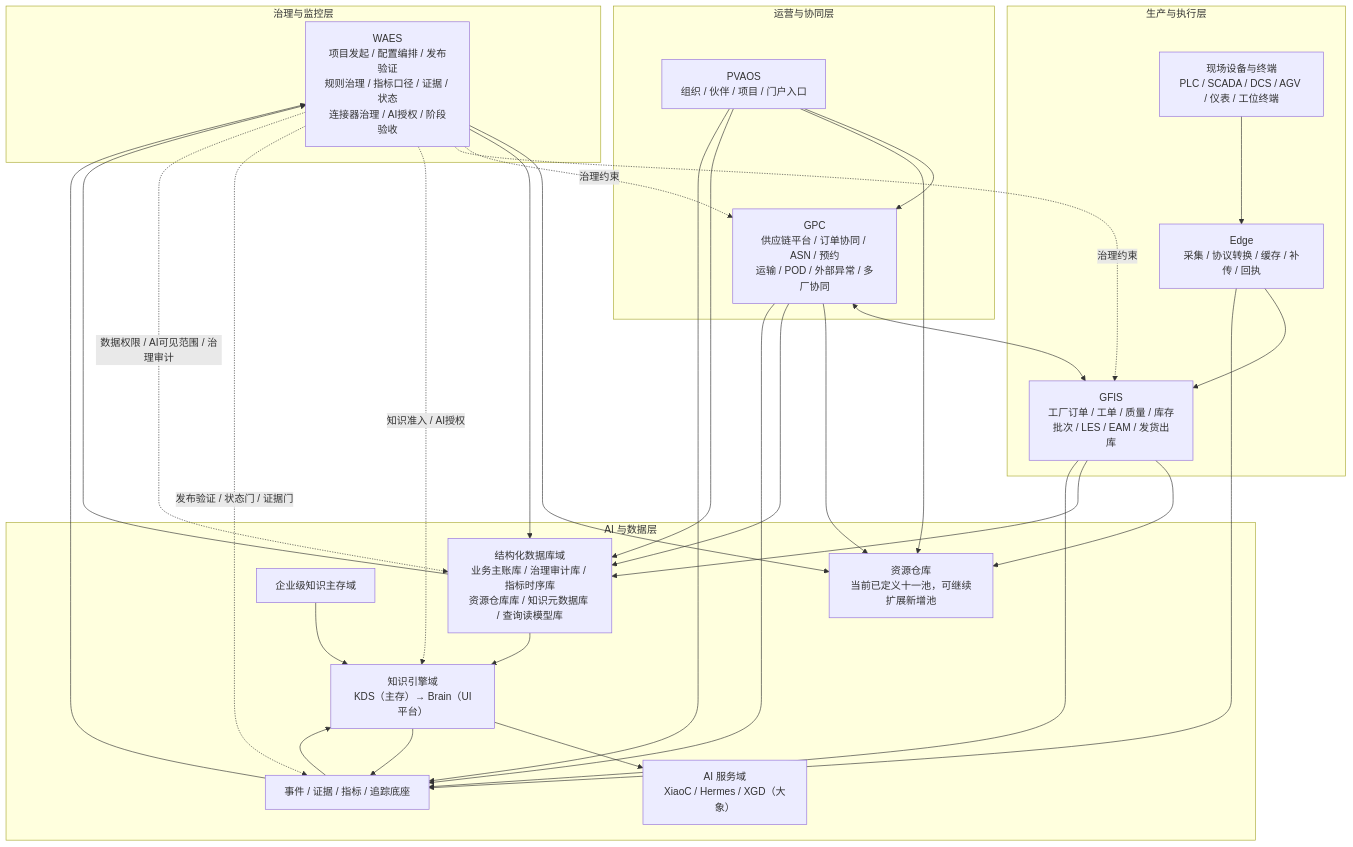
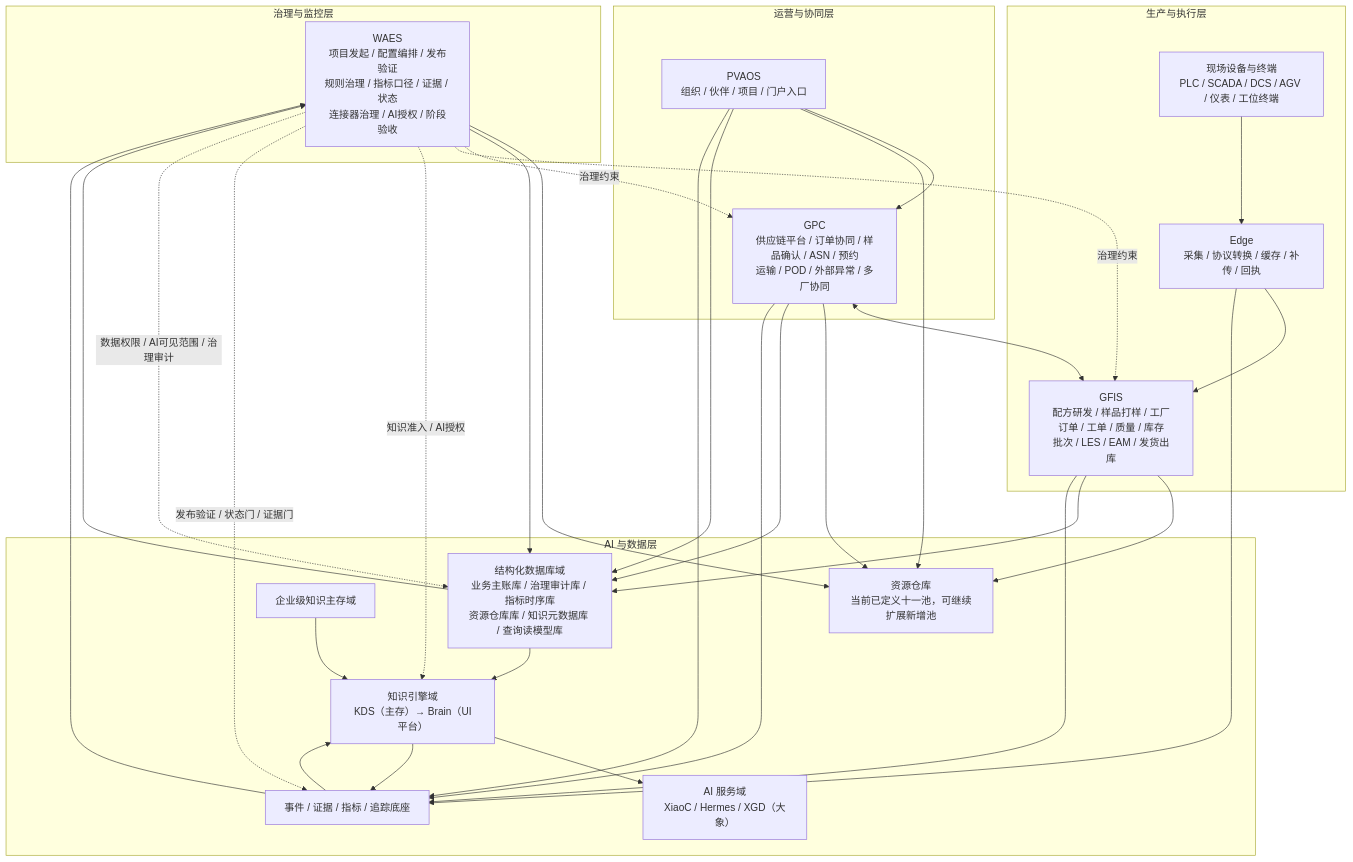
One commit to Jiumilu/GCGPCF changed the diagram in .kds/development-space/开发/90-跨项目架构/01-architecture/GlobalCloud绿色供应链体系真实层次架构图.md. Above: the diagram before and after it, drawn with Mermaid. The commit also changed other lines of this file and 21 other files, not shown here.

````diff
--- a/.kds/development-space/开发/90-跨项目架构/01-architecture/GlobalCloud绿色供应链体系真实层次架构图.md
+++ b/.kds/development-space/开发/90-跨项目架构/01-architecture/GlobalCloud绿色供应链体系真实层次架构图.md
@@ -27,75 +27,75 @@
 ```mermaid
 flowchart TB
   subgraph L1["治理与监控层"]
     WAES["WAES
 项目发起 / 配置编排 / 发布验证
 规则治理 / 指标口径 / 证据 / 状态
 连接器治理 / AI授权 / 阶段验收"]
   end
 
   subgraph L2["运营与协同层"]
     PVAOS["PVAOS
 组织 / 伙伴 / 项目 / 门户入口"]
     GPC["GPC
-供应链平台 / 订单协同 / ASN / 预约
+供应链平台 / 订单协同 / 样品确认 / ASN / 预约
 运输 / POD / 外部异常 / 多厂协同"]
   end
 
   subgraph L3["生产与执行层"]
     GFIS["GFIS
-工厂订单 / 工单 / 质量 / 库存
+配方研发 / 样品打样 / 工厂订单 / 工单 / 质量 / 库存
 批次 / LES / EAM / 发货出库"]
     EDGE["Edge
 采集 / 协议转换 / 缓存 / 补传 / 回执"]
     OT["现场设备与终端
 PLC / SCADA / DCS / AGV / 仪表 / 工位终端"]
   end
 
   subgraph L4["AI 与数据层"]
     POOLS["资源仓库
 当前已定义十一池，可继续扩展新增池"]
     DB["结构化数据库域
 业务主账库 / 治理审计库 / 指标时序库
 资源仓库库 / 知识元数据库 / 查询读模型库"]
     KMS["企业级知识主存域"]
     KE["知识引擎域
 KDS（主存）→ Brain（UI平台）"]
     AI["AI 服务域
 XiaoC / Hermes / XGD（大象）"]
     DATA["事件 / 证据 / 指标 / 追踪底座"]
   end
 
   PVAOS --> GPC
   GPC <--> GFIS
   OT --> EDGE --> GFIS
 
   PVAOS --> POOLS
   GPC --> POOLS
   GFIS --> POOLS
   WAES --> POOLS
 
   PVAOS --> DB
   GPC --> DB
   GFIS --> DB
   WAES --> DB
 
   KMS --> KE
   KE --> AI
 
   PVAOS --> DATA
   GPC --> DATA
   GFIS --> DATA
   EDGE --> DATA
   KE --> DATA
 
   DATA --> WAES
   DATA --> KE
   DB --> WAES
   DB --> KE
 
   WAES -. 治理约束 .-> GPC
   WAES -. 治理约束 .-> GFIS
   WAES -. 知识准入 / AI授权 .-> KE
   WAES -. 发布验证 / 状态门 / 证据门 .-> DATA
   WAES -. 数据权限 / AI可见范围 / 治理审计 .-> DB
 ```
````
